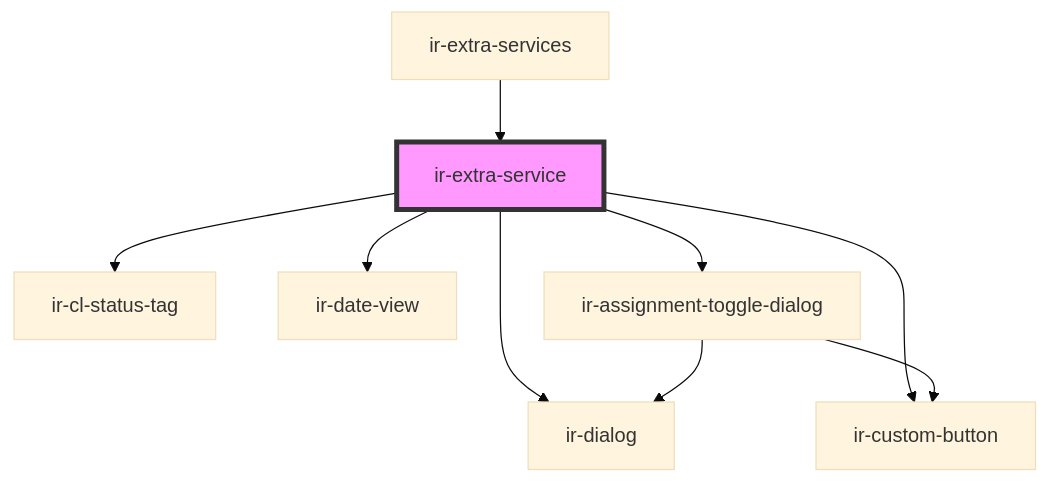
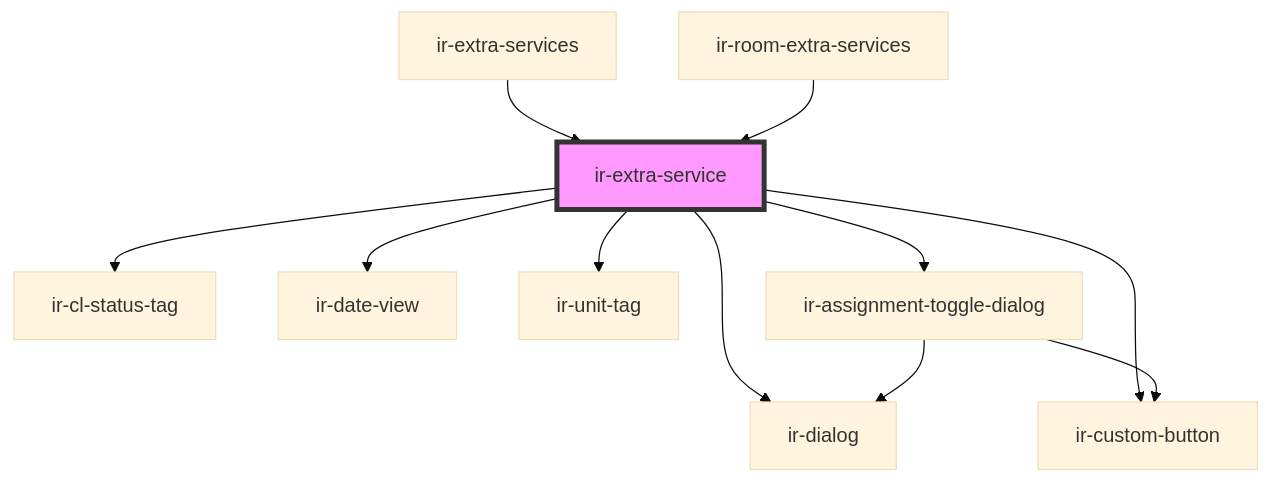
One commit to RonyRizk/ir-webcmp changed the diagram in src/components/ir-booking-details/ir-extra-services/ir-extra-service/readme.md. Above: the diagram before and after it, drawn with Mermaid (base theme). The commit also changed other lines of this file and 244 other files, not shown here.

Commit message:
Extra Services

````diff
--- a/src/components/ir-booking-details/ir-extra-services/ir-extra-service/readme.md
+++ b/src/components/ir-booking-details/ir-extra-services/ir-extra-service/readme.md
@@ -45,12 +47,14 @@
 ```mermaid
 graph TD;
   ir-extra-service --> ir-cl-status-tag
   ir-extra-service --> ir-date-view
+  ir-extra-service --> ir-unit-tag
   ir-extra-service --> ir-assignment-toggle-dialog
   ir-extra-service --> ir-dialog
   ir-extra-service --> ir-custom-button
   ir-assignment-toggle-dialog --> ir-dialog
   ir-assignment-toggle-dialog --> ir-custom-button
   ir-extra-services --> ir-extra-service
+  ir-room-extra-services --> ir-extra-service
   style ir-extra-service fill:#f9f,stroke:#333,stroke-width:4px
 ```
````
